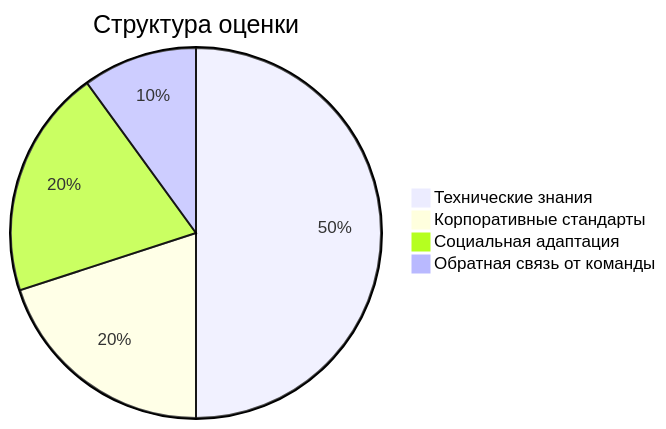
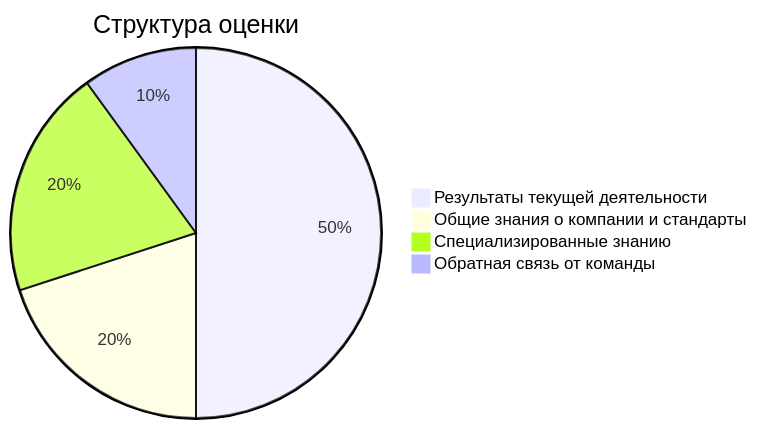
One commit to Namelomax/AIOnborder changed the second of 2 diagrams in AIOnborder/Этапы работы ассистента.md. Above: the diagram before and after it, drawn with Mermaid.

Commit message:
vault backup: 2025-07-29 12:09:34

````diff
--- a/AIOnborder/Этапы работы ассистента.md
+++ b/AIOnborder/Этапы работы ассистента.md
@@ -75,8 +75,8 @@
   ```mermaid
   pie
     title Структура оценки
-    "Технические знания" : 50
-    "Корпоративные стандарты" : 20
-    "Социальная адаптация" : 20
+    "Результаты текущей деятельности" : 50
+    "Общие знания о компании и стандарты" : 20
+    "Специализированные знанию" : 20
     "Обратная связь от команды" : 10
   ```
````
